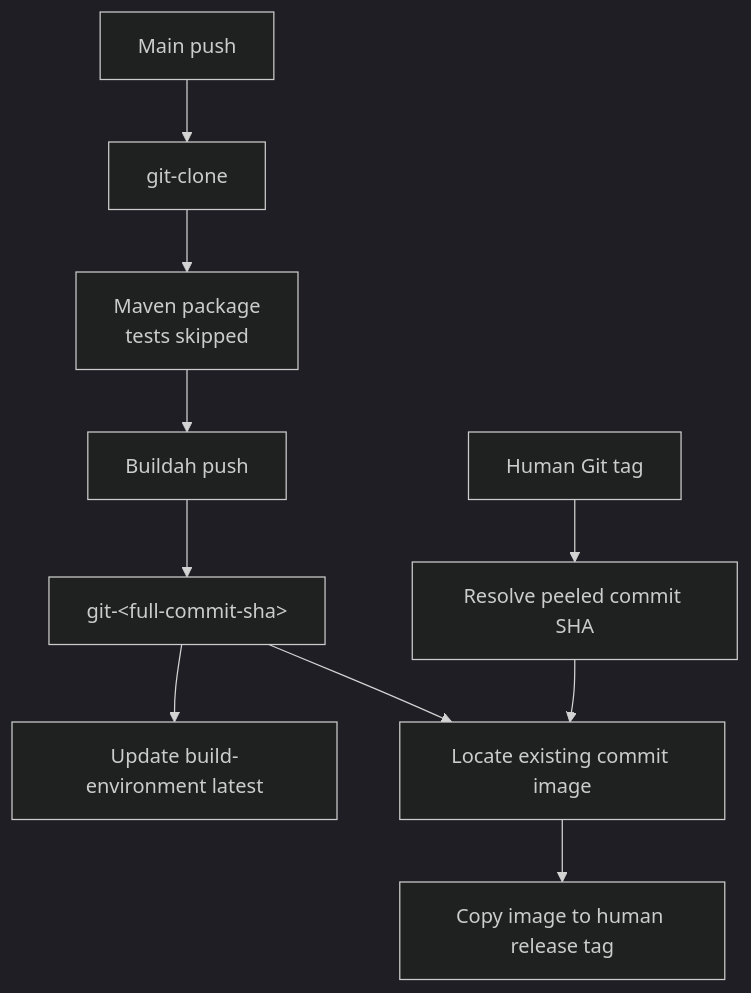
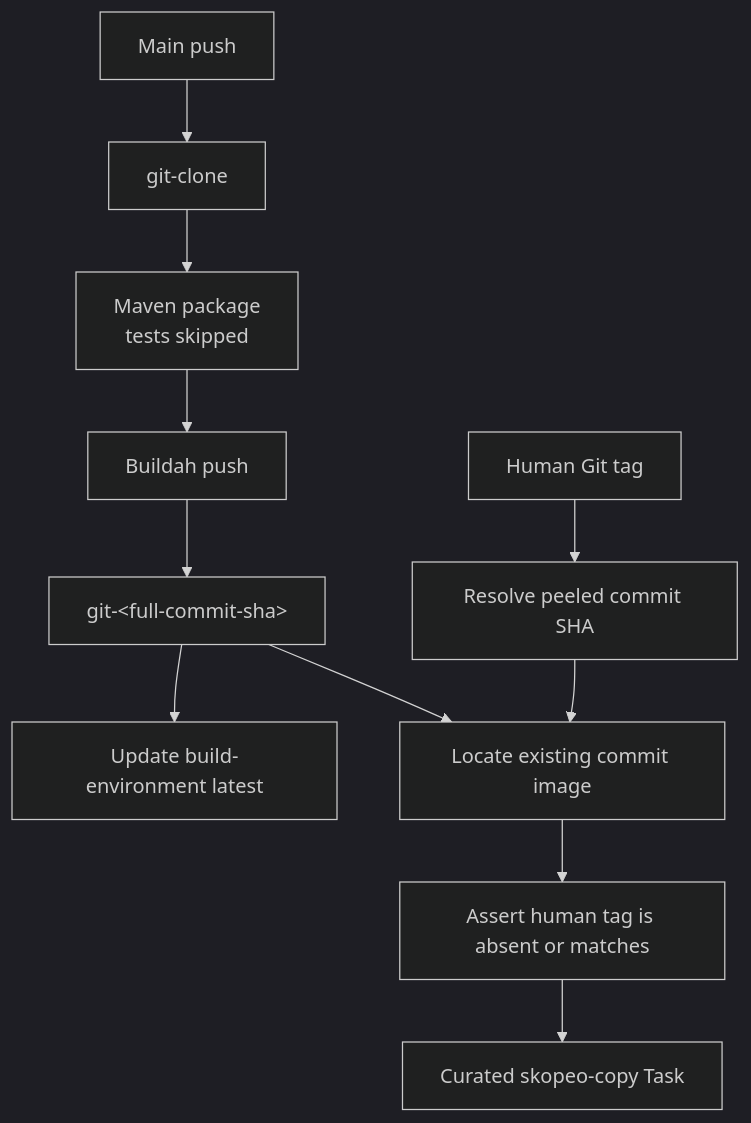
The fifth of 6 diagrams in docs/architecture.md (contract-first-idp-test/developer-charts), drawn with Mermaid (dark theme) before and after one commit. The commit also changed other lines of this file and 11 other files, not shown here.

````diff
--- a/docs/architecture.md
+++ b/docs/architecture.md
@@ -182,14 +182,15 @@
 ```mermaid
 flowchart TD
     accTitle: Component build and release paths
     accDescr: Main pushes package source without running tests, build commit-tagged images, and update latest. Human Git tags resolve an existing commit image and copy it to a human release tag.
     main[Main push] --> clone[git-clone]
     clone --> package["Maven package<br/>tests skipped"]
     package --> buildah[Buildah push]
     buildah --> commitImage["git-&lt;full-commit-sha&gt;"]
     commitImage --> latest[Update build-environment latest]
     tag[Human Git tag] --> resolve[Resolve peeled commit SHA]
     resolve --> locate[Locate existing commit image]
     commitImage --> locate
-    locate --> alias[Copy image to human release tag]
+    locate --> guard[Assert human tag is absent or matches]
+    guard --> alias[Curated skopeo-copy Task]
 ```
````
